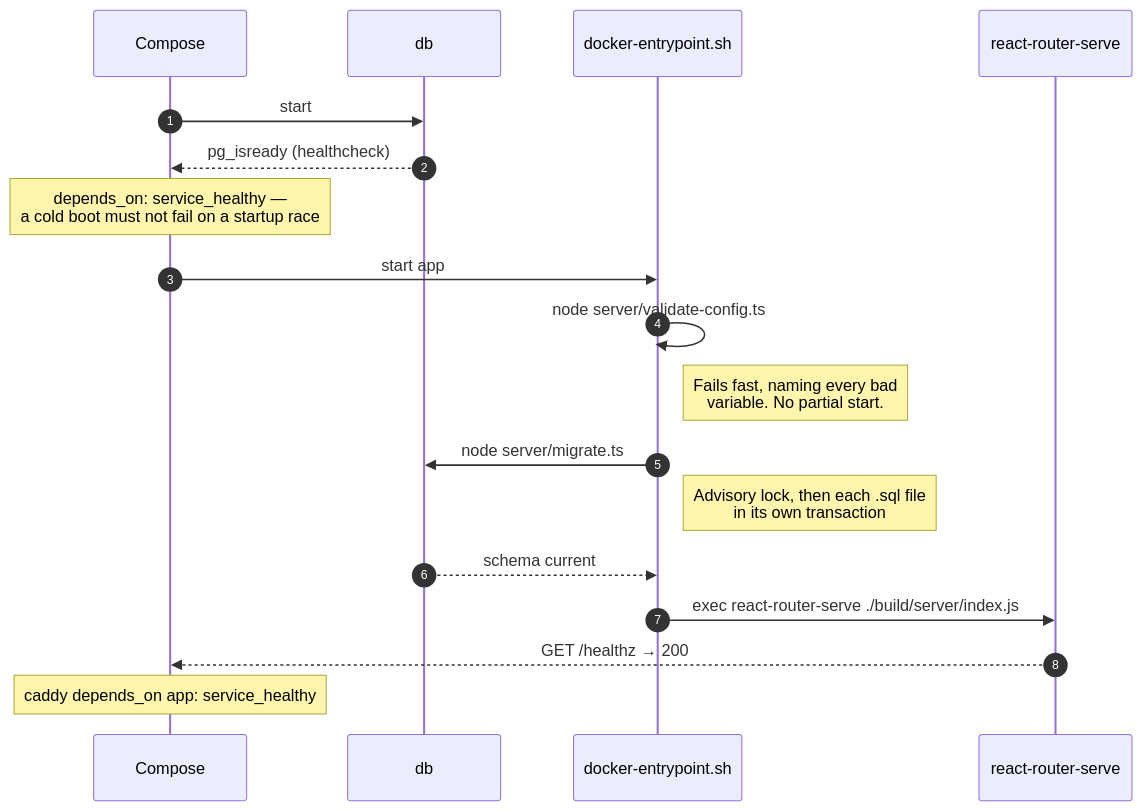
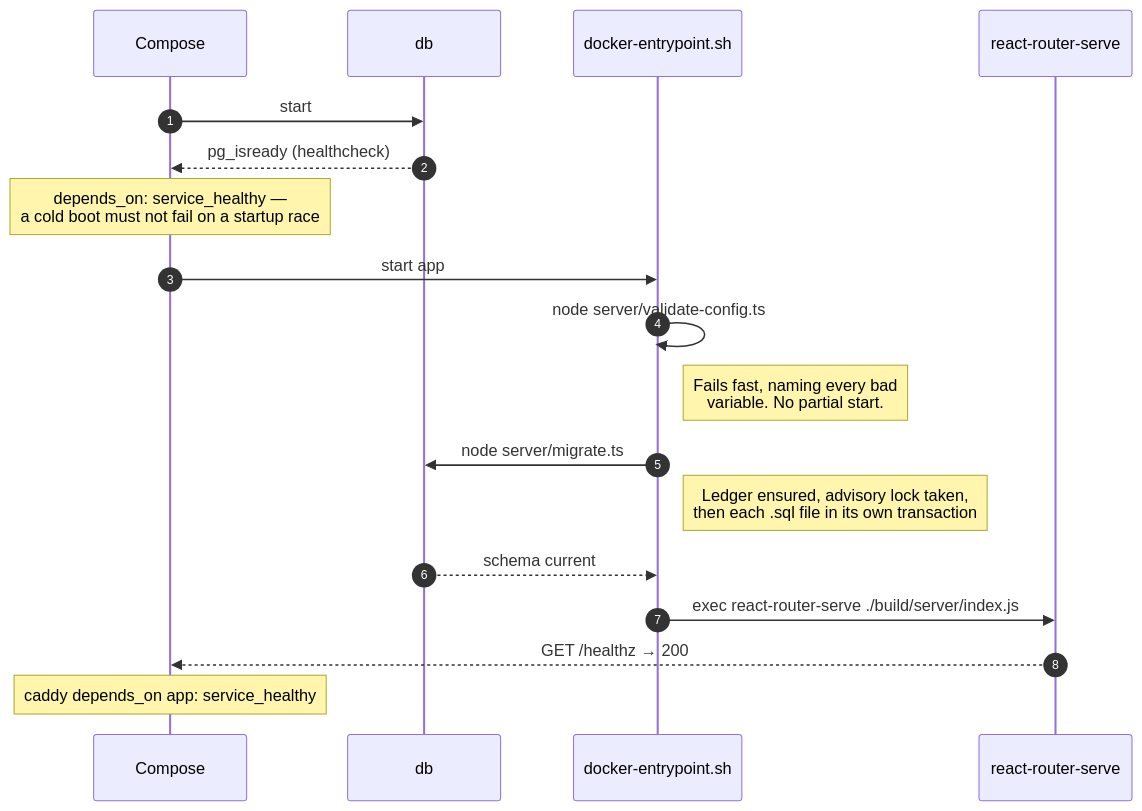
Before and after one commit to chethan123/portfolio: the third of 10 diagrams in ARCHITECTURE.md, drawn with Mermaid. The commit also changed other lines of this file, not shown here.

````diff
--- a/ARCHITECTURE.md
+++ b/ARCHITECTURE.md
@@ -147,21 +149,21 @@
 ```mermaid
 sequenceDiagram
     autonumber
     participant C as Compose
     participant DB as db
     participant E as docker-entrypoint.sh
     participant S as react-router-serve
 
     C->>DB: start
     DB-->>C: pg_isready (healthcheck)
     Note over C: depends_on: service_healthy —<br/>a cold boot must not fail on a startup race
     C->>E: start app
     E->>E: node server/validate-config.ts
     Note right of E: Fails fast, naming every bad<br/>variable. No partial start.
     E->>DB: node server/migrate.ts
-    Note right of E: Advisory lock, then each .sql file<br/>in its own transaction
+    Note right of E: Ledger ensured, advisory lock taken,<br/>then each .sql file in its own transaction
     DB-->>E: schema current
     E->>S: exec react-router-serve ./build/server/index.js
     S-->>C: GET /healthz → 200
     Note over C: caddy depends_on app: service_healthy
 ```
````
